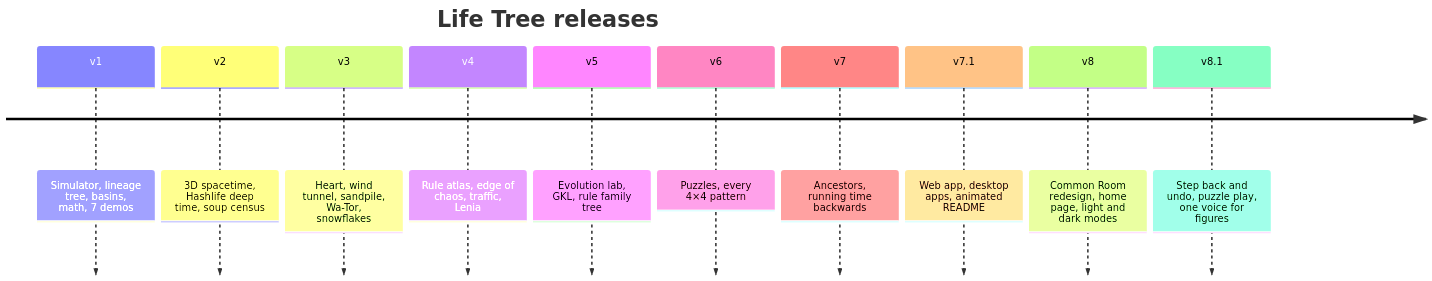
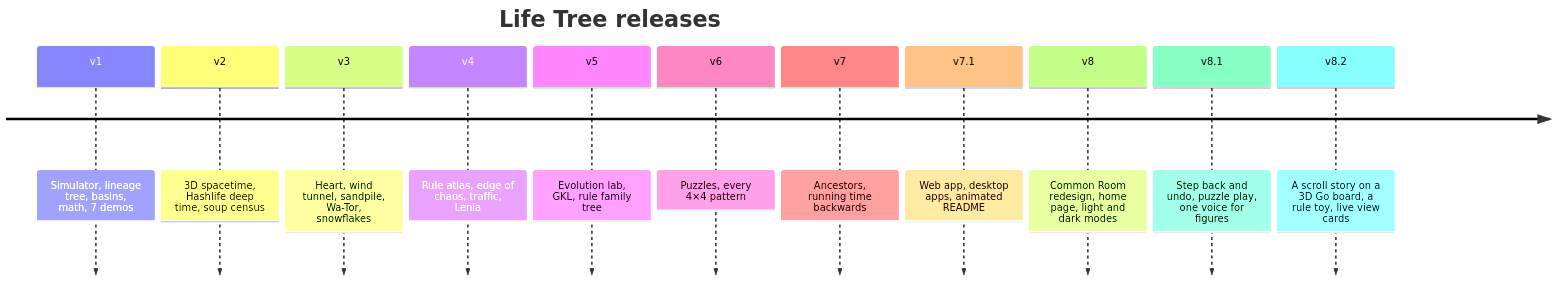
Before and after one commit to Normansrule/game-of-life: the second of 4 diagrams in README.md, drawn with Mermaid. The commit also changed other lines of this file and 16 other files, not shown here.

First line of the commit message:
Life Tree 8.2: a scroll story on a 3D Go board

````diff
--- a/README.md
+++ b/README.md
@@ -76,14 +77,15 @@
 ```mermaid
 timeline
   title Life Tree releases
   v1 : Simulator, lineage tree, basins, math, 7 demos
   v2 : 3D spacetime, Hashlife deep time, soup census
   v3 : Heart, wind tunnel, sandpile, Wa-Tor, snowflakes
   v4 : Rule atlas, edge of chaos, traffic, Lenia
   v5 : Evolution lab, GKL, rule family tree
   v6 : Puzzles, every 4×4 pattern
   v7 : Ancestors, running time backwards
   v7.1 : Web app, desktop apps, animated README
   v8 : Common Room redesign, home page, light and dark modes
   v8.1 : Step back and undo, puzzle play, one voice for figures
+  v8.2 : A scroll story on a 3D Go board, a rule toy, live view cards
 ```
````
